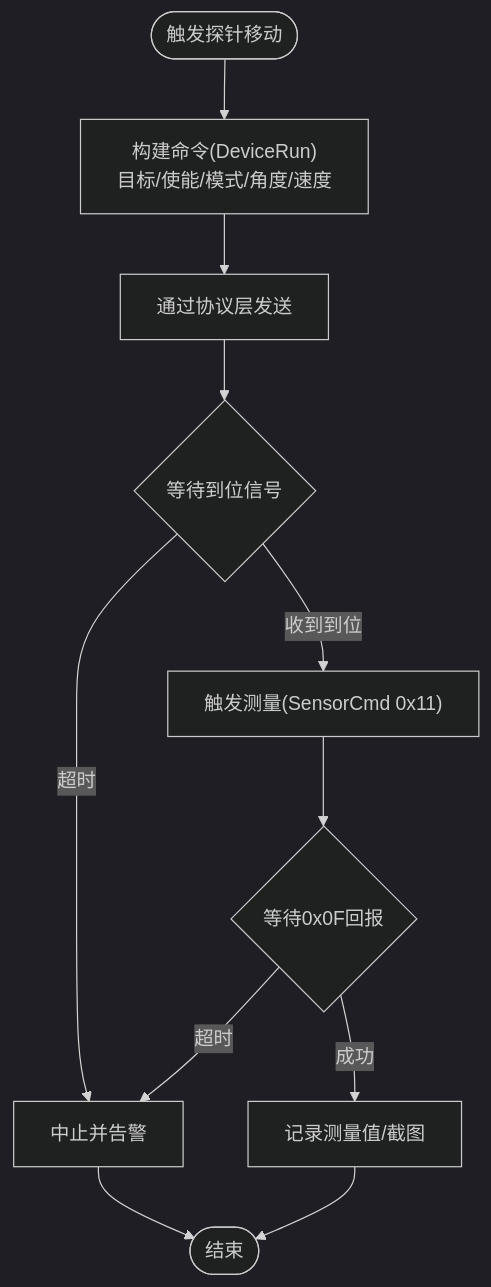
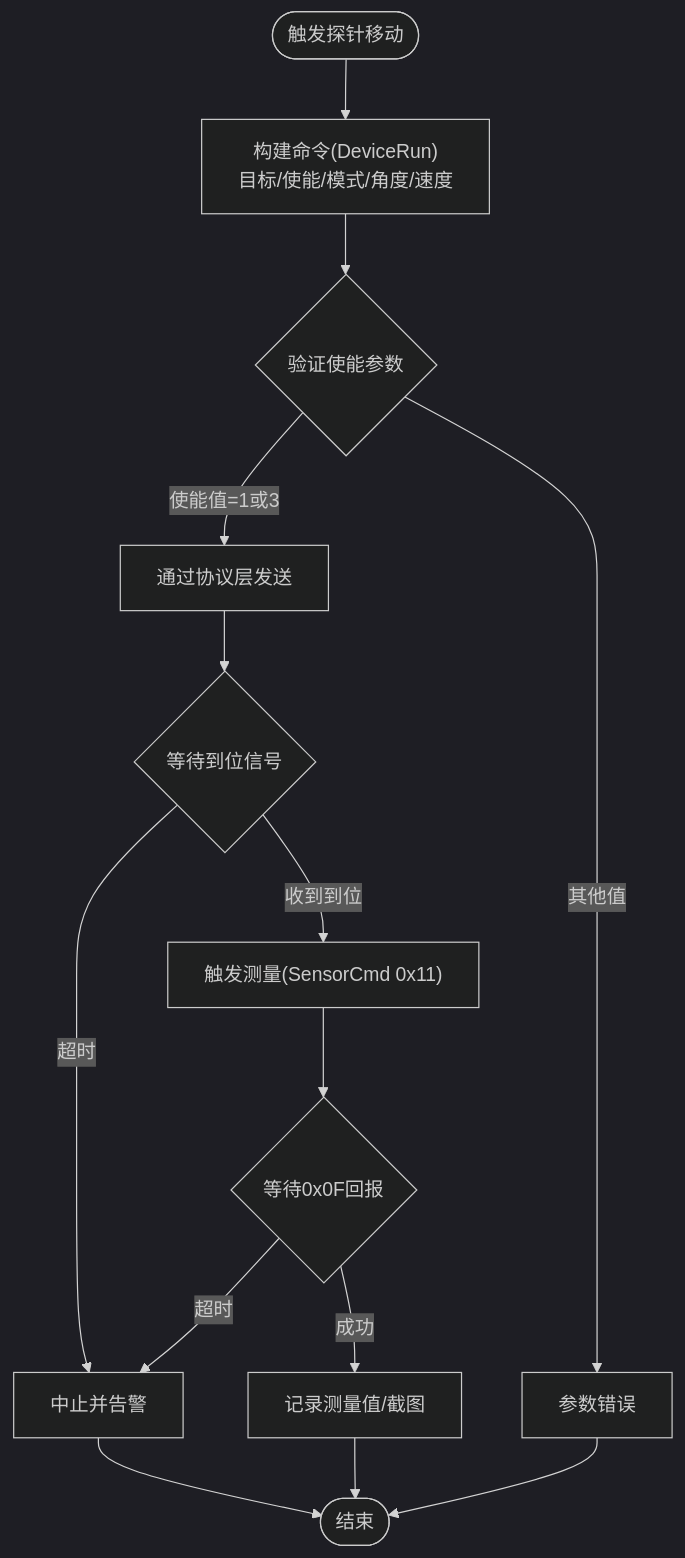
One commit to yangreest/Zero-value-Insulator-Robot-V2 changed the fourth of 9 diagrams in .qoder/repowiki/zh/content/功能特性/设备控制功能/设备控制功能.md. Above: the diagram before and after it, drawn with Mermaid (dark theme). The commit also changed other lines of this file and 4 other files, not shown here.

````diff
--- a/.qoder/repowiki/zh/content/功能特性/设备控制功能/设备控制功能.md
+++ b/.qoder/repowiki/zh/content/功能特性/设备控制功能/设备控制功能.md
@@ -166,13 +173,16 @@
 ```mermaid
 flowchart TD
 Start(["触发探针移动"]) --> BuildCmd["构建命令(DeviceRun)<br/>目标/使能/模式/角度/速度"]
-BuildCmd --> Send["通过协议层发送"]
+BuildCmd --> ValidateEnable{"验证使能参数"}
+ValidateEnable --> |使能值=1或3| Send["通过协议层发送"]
+ValidateEnable --> |其他值| Error["参数错误"]
 Send --> WaitProbe{"等待到位信号"}
 WaitProbe --> |收到到位| TriggerMeasure["触发测量(SensorCmd 0x11)"]
 WaitProbe --> |超时| Abort["中止并告警"]
 TriggerMeasure --> MeasureResult{"等待0x0F回报"}
 MeasureResult --> |成功| Record["记录测量值/截图"]
 MeasureResult --> |超时| Abort
 Abort --> End(["结束"])
 Record --> End
+Error --> End
 ```
````
